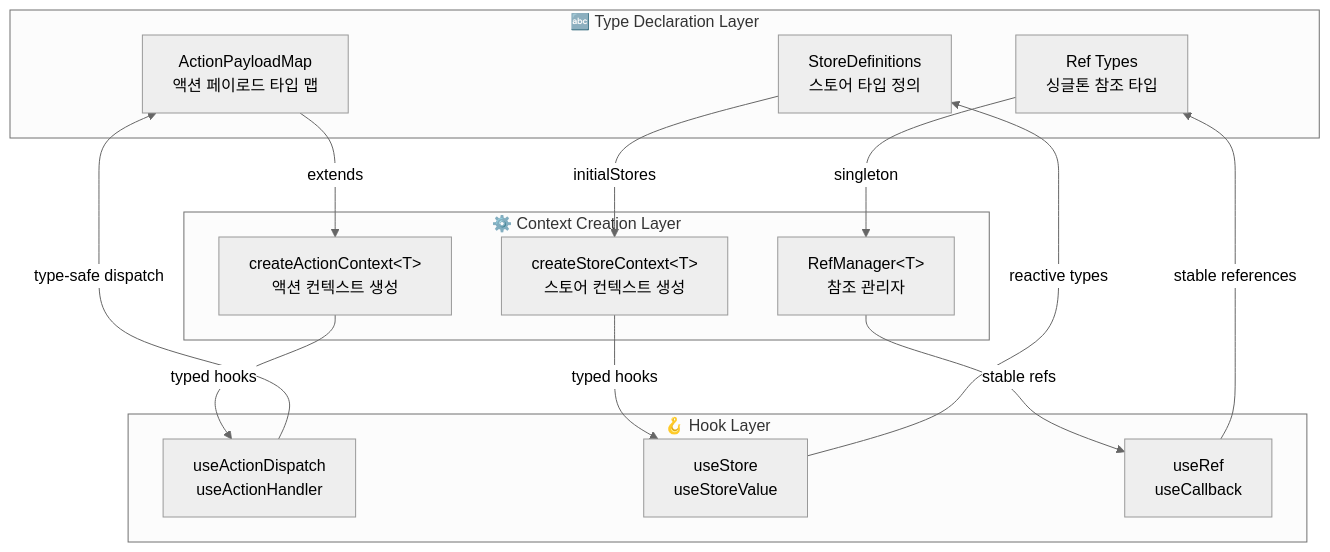
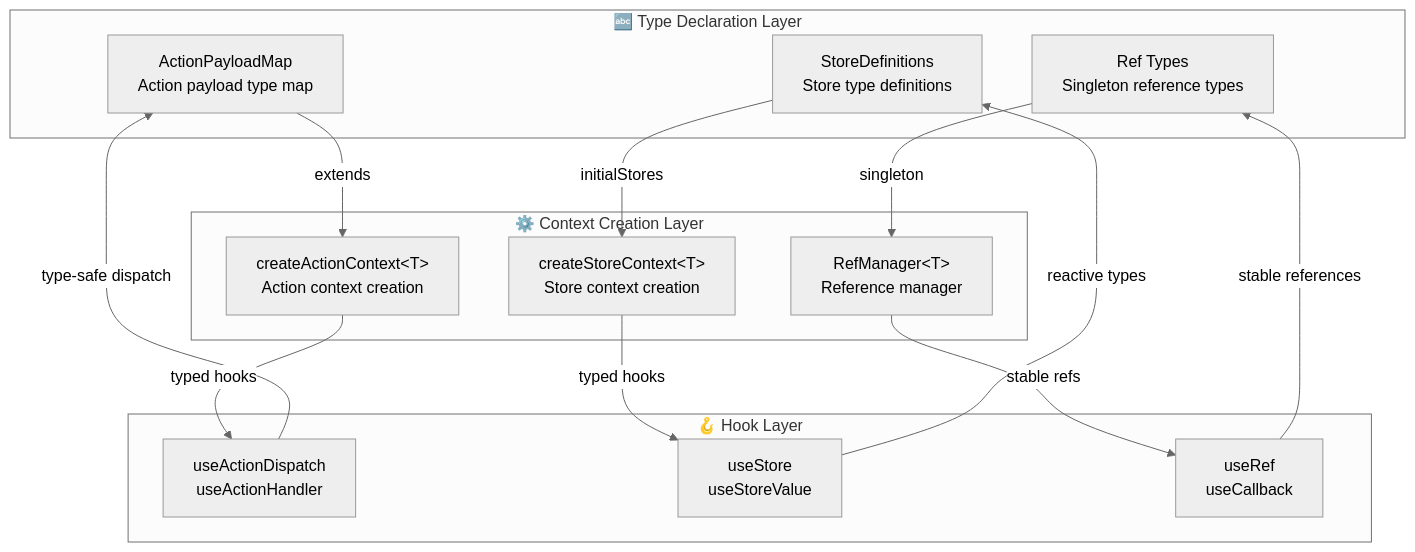
Before and after one commit to mineclover/context-action: the second of 2 diagrams in README.en.md, drawn with Mermaid (neutral theme). The commit also changed other lines of this file and 1 other file, not shown here.

````diff
--- a/README.en.md
+++ b/README.en.md
@@ -261,37 +263,37 @@
 ```mermaid
 graph TB
     %% Type Declaration Layer
     subgraph TypeDeclarations["🔤 Type Declaration Layer"]
-        PayloadMap[ActionPayloadMap<br/>액션 페이로드 타입 맵]
-        StoreTypes[StoreDefinitions<br/>스토어 타입 정의]
-        RefTypes[Ref Types<br/>싱글톤 참조 타입]
+        PayloadMap[ActionPayloadMap<br/>Action payload type map]
+        StoreTypes[StoreDefinitions<br/>Store type definitions]
+        RefTypes[Ref Types<br/>Singleton reference types]
     end
 
     %% Context Creation Layer
     subgraph ContextCreation["⚙️ Context Creation Layer"]
-        ActionContext[createActionContext&lt;T&gt;<br/>액션 컨텍스트 생성]
-        StoreContext[createStoreContext&lt;T&gt;<br/>스토어 컨텍스트 생성]
-        RefManager[RefManager&lt;T&gt;<br/>참조 관리자]
+        ActionContext[createActionContext&lt;T&gt;<br/>Action context creation]
+        StoreContext[createStoreContext&lt;T&gt;<br/>Store context creation]
+        RefManager[RefManager&lt;T&gt;<br/>Reference manager]
     end
 
     %% Hook Layer
     subgraph HookLayer["🪝 Hook Layer"]
         ActionHooks[useActionDispatch<br/>useActionHandler]
         StoreHooks[useStore<br/>useStoreValue]
         RefHooks[useRef<br/>useCallback]
     end
 
     %% Type Flow Connections
     PayloadMap -->|extends| ActionContext
     StoreTypes -->|initialStores| StoreContext
     RefTypes -->|singleton| RefManager
 
     ActionContext -->|typed hooks| ActionHooks
     StoreContext -->|typed hooks| StoreHooks
     RefManager -->|stable refs| RefHooks
 
     %% Type Safety Flow
     ActionHooks -->|type-safe dispatch| PayloadMap
     StoreHooks -->|reactive types| StoreTypes
     RefHooks -->|stable references| RefTypes
 ```
````
